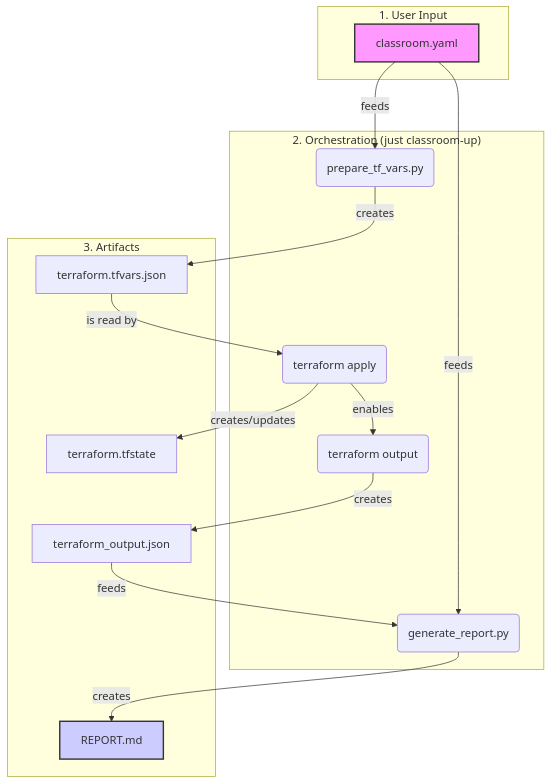
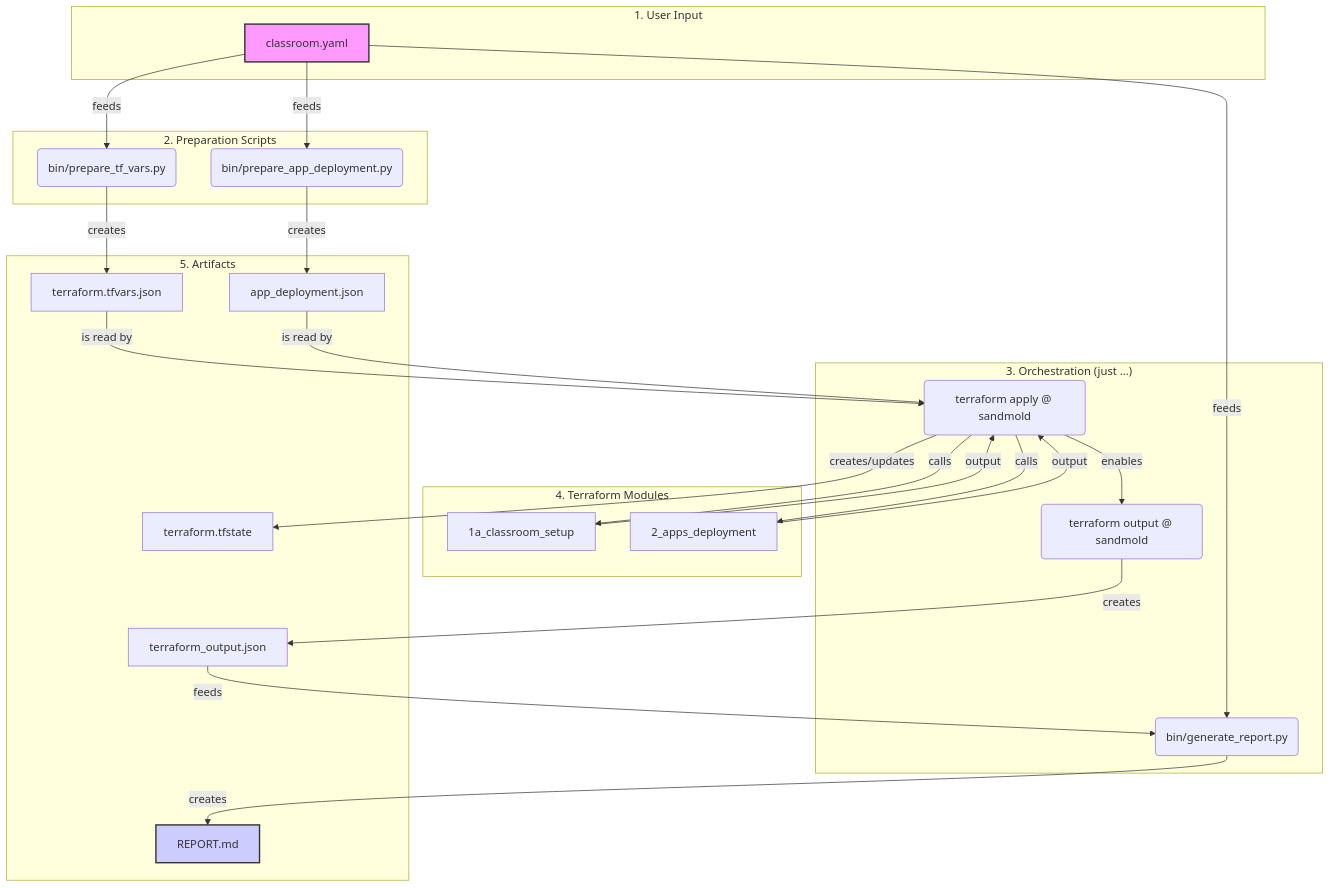
One commit to Friends-of-Ricc/sandmold changed the diagram in iac/terraform/README.md. Above: the diagram before and after it, drawn with Mermaid. The commit also changed other lines of this file and 6 other files, not shown here.

````diff
--- a/iac/terraform/README.md
+++ b/iac/terraform/README.md
@@ -13,33 +13,53 @@
 ```mermaid
 graph TD
     subgraph "1. User Input"
         A[classroom.yaml]
     end
 
-    subgraph "2. Orchestration (just classroom-up)"
-        B(prepare_tf_vars.py)
-        C(terraform apply)
-        D(terraform output)
-        E(generate_report.py)
+    subgraph "2. Preparation Scripts"
+        B(bin/prepare_tf_vars.py)
+        B2(bin/prepare_app_deployment.py)
     end
 
-    subgraph "3. Artifacts"
+    subgraph "3. Orchestration (just ...)"
+        C(terraform apply @ sandmold)
+        D(terraform output @ sandmold)
+        E(bin/generate_report.py)
+    end
+
+    subgraph "4. Terraform Modules"
+        M1[1a_classroom_setup]
+        M2[2_apps_deployment]
+    end
+
+    subgraph "5. Artifacts"
         F[terraform.tfvars.json]
+        F2[app_deployment.json]
         G[terraform.tfstate]
         H[terraform_output.json]
         I[REPORT.md]
     end
 
     A -- feeds --> B
+    A -- feeds --> B2
     B -- creates --> F
+    B2 -- creates --> F2
+
     F -- is read by --> C
+    F2 -- is read by --> C
+
+    C -- calls --> M1
+    C -- calls --> M2
+    M1 -- output --> C
+    M2 -- output --> C
+
     C -- creates/updates --> G
     C -- enables --> D
     D -- creates --> H
     A -- feeds --> E
     H -- feeds --> E
     E -- creates --> I
 
     style A fill:#f9f,stroke:#333,stroke-width:2px
     style I fill:#ccf,stroke:#333,stroke-width:2px
 ```
````
